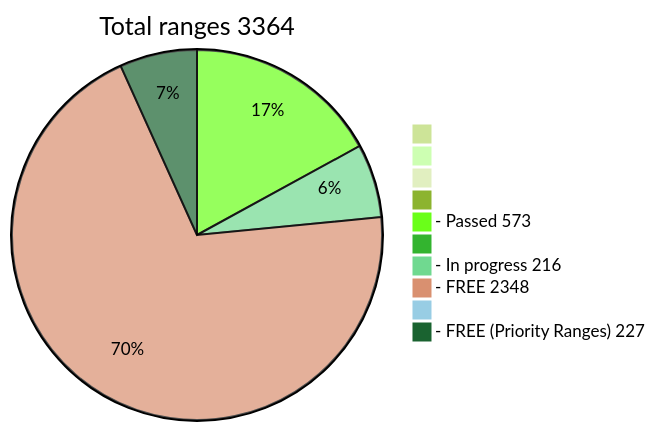
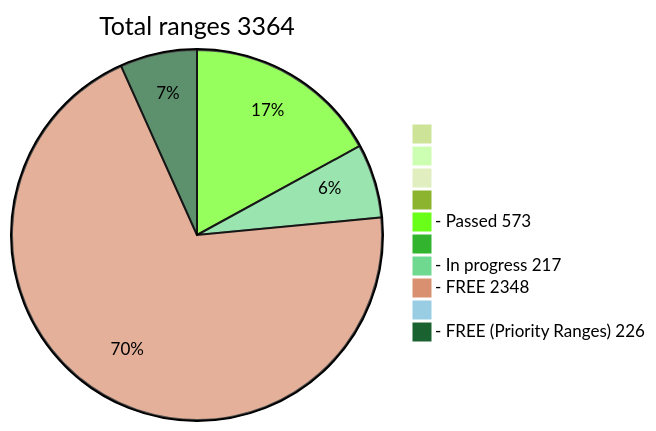
Before and after one commit to phrutis/wif500: the diagram in README.md, drawn with Mermaid (forest theme).

````diff
--- a/README.md
+++ b/README.md
@@ -16,13 +16,13 @@
 ```mermaid
 pie title Total ranges 3364
              " " : 0
             "  " : 0
            "   " : 0
           "    " : 0
   "- Passed 573" : 573
          "     " : 0
-  "- In progress 216" : 216
+  "- In progress 217" : 217
    "- FREE 2348" : 2348
         "      " : 0
-  "- FREE (Priority Ranges) 227" : 227
+  "- FREE (Priority Ranges) 226" : 226
 ```
````
